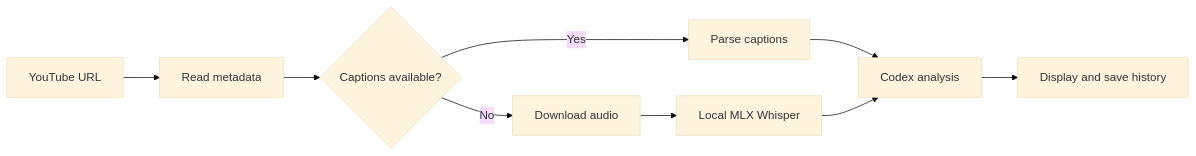
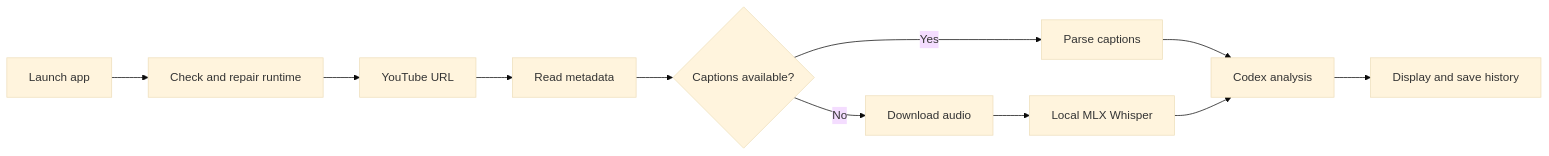
The diagram in README.en.md (xuweiqiang/YouTubeInsight), drawn with Mermaid (base theme) before and after one commit. The commit also changed other lines of this file and 23 other files, not shown here.

````diff
--- a/README.en.md
+++ b/README.en.md
@@ -22,11 +26,13 @@
 ```mermaid
 flowchart LR
-    A[YouTube URL] --> B[Read metadata]
-    B --> C{Captions available?}
-    C -- Yes --> D[Parse captions]
-    C -- No --> E[Download audio]
-    E --> F[Local MLX Whisper]
-    D --> G[Codex analysis]
-    F --> G
-    G --> H[Display and save history]
+    A[Launch app] --> B[Check and repair runtime]
+    B --> C[YouTube URL]
+    C --> D[Read metadata]
+    D --> E{Captions available?}
+    E -- Yes --> F[Parse captions]
+    E -- No --> G[Download audio]
+    G --> H[Local MLX Whisper]
+    F --> I[Codex analysis]
+    H --> I
+    I --> J[Display and save history]
 ```
````
